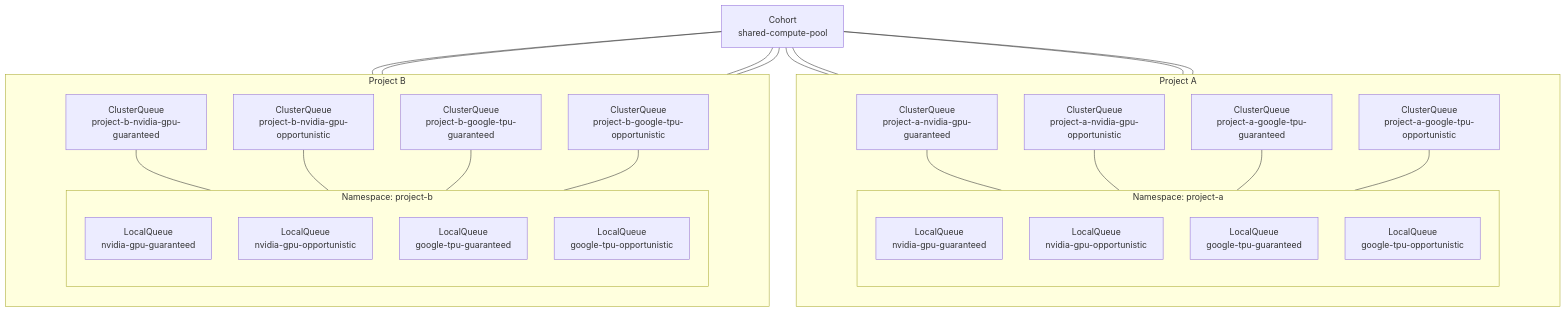
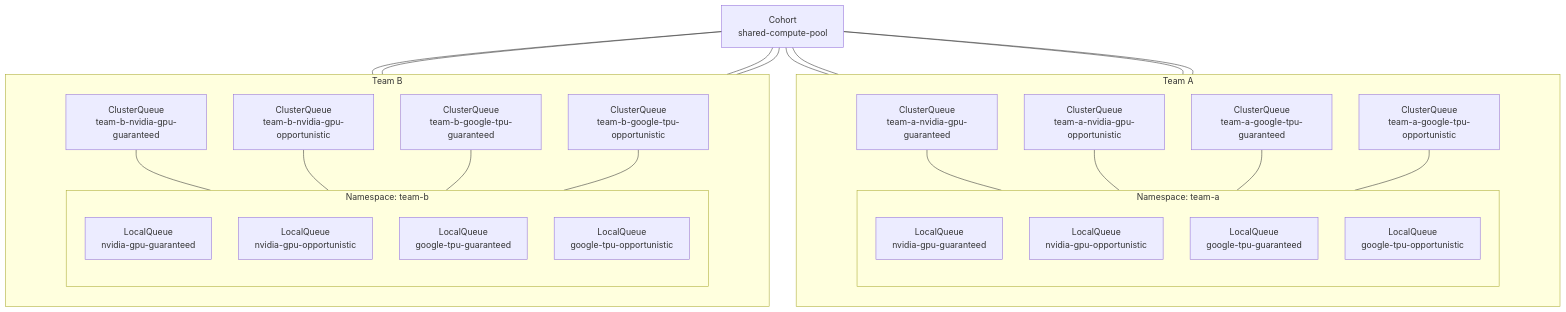
One commit to kimminw00/kueue-discussion changed the diagram in clusterqueue_v2.md. Above: the diagram before and after it, drawn with Mermaid. The commit also changed other lines of this file, not shown here.

Commit message:
Update project references to team in clusterqueue_v2.md

````diff
--- a/clusterqueue_v2.md
+++ b/clusterqueue_v2.md
@@ -73,58 +73,58 @@
 ```mermaid
 flowchart TB
   Cohort["Cohort<br/>shared-compute-pool"]
 
-  subgraph ProjectA["Project A"]
+  subgraph TeamA["Team A"]
     direction TB
 
-    A_Nvidia_G_CQ["ClusterQueue<br/>project-a-nvidia-gpu-guaranteed"]
-    A_Nvidia_O_CQ["ClusterQueue<br/>project-a-nvidia-gpu-opportunistic"]
-    A_Tpu_G_CQ["ClusterQueue<br/>project-a-google-tpu-guaranteed"]
-    A_Tpu_O_CQ["ClusterQueue<br/>project-a-google-tpu-opportunistic"]
+    A_Nvidia_G_CQ["ClusterQueue<br/>team-a-nvidia-gpu-guaranteed"]
+    A_Nvidia_O_CQ["ClusterQueue<br/>team-a-nvidia-gpu-opportunistic"]
+    A_Tpu_G_CQ["ClusterQueue<br/>team-a-google-tpu-guaranteed"]
+    A_Tpu_O_CQ["ClusterQueue<br/>team-a-google-tpu-opportunistic"]
 
-    subgraph NamespaceA["Namespace: project-a"]
+    subgraph NamespaceA["Namespace: team-a"]
       direction TB
       A_Nvidia_G_LQ["LocalQueue<br/>nvidia-gpu-guaranteed"]
       A_Nvidia_O_LQ["LocalQueue<br/>nvidia-gpu-opportunistic"]
       A_Tpu_G_LQ["LocalQueue<br/>google-tpu-guaranteed"]
       A_Tpu_O_LQ["LocalQueue<br/>google-tpu-opportunistic"]
     end
   end
 
-  subgraph ProjectB["Project B"]
+  subgraph TeamB["Team B"]
     direction TB
 
-    B_Nvidia_G_CQ["ClusterQueue<br/>project-b-nvidia-gpu-guaranteed"]
-    B_Nvidia_O_CQ["ClusterQueue<br/>project-b-nvidia-gpu-opportunistic"]
-    B_Tpu_G_CQ["ClusterQueue<br/>project-b-google-tpu-guaranteed"]
-    B_Tpu_O_CQ["ClusterQueue<br/>project-b-google-tpu-opportunistic"]
+    B_Nvidia_G_CQ["ClusterQueue<br/>team-b-nvidia-gpu-guaranteed"]
+    B_Nvidia_O_CQ["ClusterQueue<br/>team-b-nvidia-gpu-opportunistic"]
+    B_Tpu_G_CQ["ClusterQueue<br/>team-b-google-tpu-guaranteed"]
+    B_Tpu_O_CQ["ClusterQueue<br/>team-b-google-tpu-opportunistic"]
 
-    subgraph NamespaceB["Namespace: project-b"]
+    subgraph NamespaceB["Namespace: team-b"]
       direction TB
       B_Nvidia_G_LQ["LocalQueue<br/>nvidia-gpu-guaranteed"]
       B_Nvidia_O_LQ["LocalQueue<br/>nvidia-gpu-opportunistic"]
       B_Tpu_G_LQ["LocalQueue<br/>google-tpu-guaranteed"]
       B_Tpu_O_LQ["LocalQueue<br/>google-tpu-opportunistic"]
     end
   end
 
   Cohort --- A_Nvidia_G_CQ
   Cohort --- A_Nvidia_O_CQ
   Cohort --- A_Tpu_G_CQ
   Cohort --- A_Tpu_O_CQ
 
   Cohort --- B_Nvidia_G_CQ
   Cohort --- B_Nvidia_O_CQ
   Cohort --- B_Tpu_G_CQ
   Cohort --- B_Tpu_O_CQ
 
   A_Nvidia_G_CQ --- A_Nvidia_G_LQ
   A_Nvidia_O_CQ --- A_Nvidia_O_LQ
   A_Tpu_G_CQ --- A_Tpu_G_LQ
   A_Tpu_O_CQ --- A_Tpu_O_LQ
 
   B_Nvidia_G_CQ --- B_Nvidia_G_LQ
   B_Nvidia_O_CQ --- B_Nvidia_O_LQ
   B_Tpu_G_CQ --- B_Tpu_G_LQ
   B_Tpu_O_CQ --- B_Tpu_O_LQ
 ```
````
